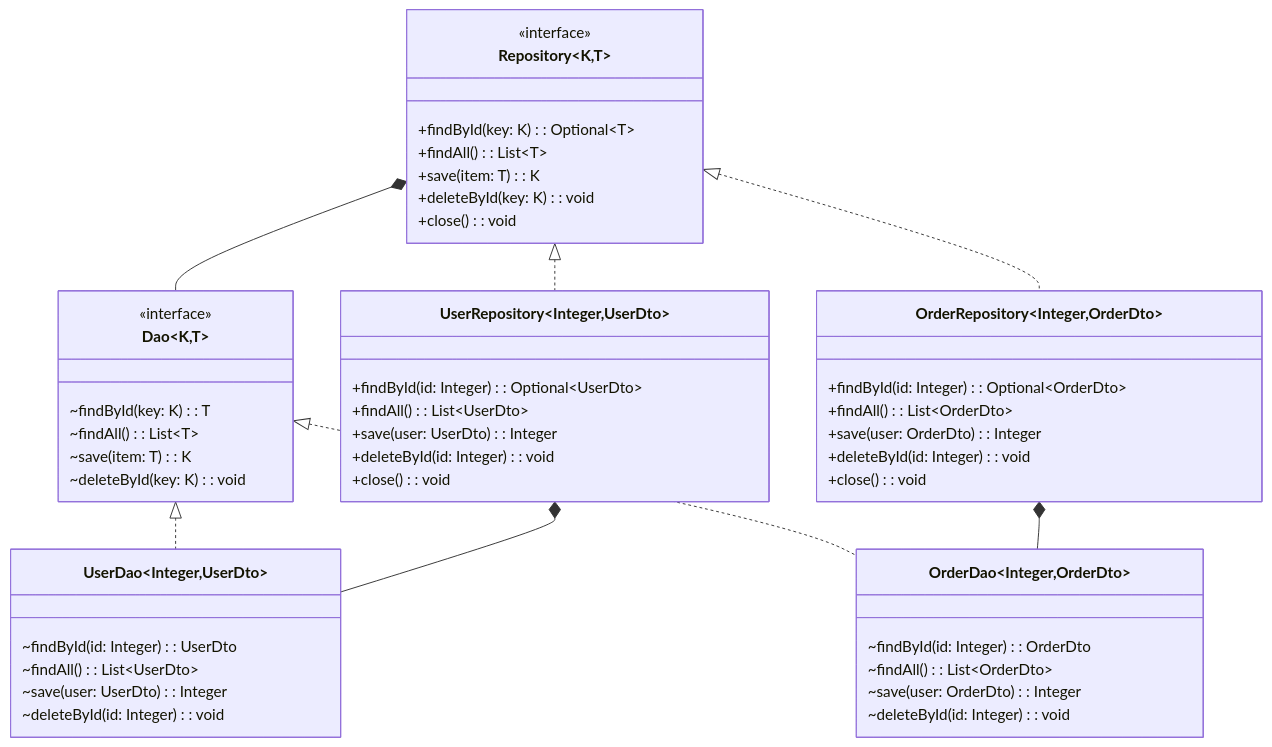
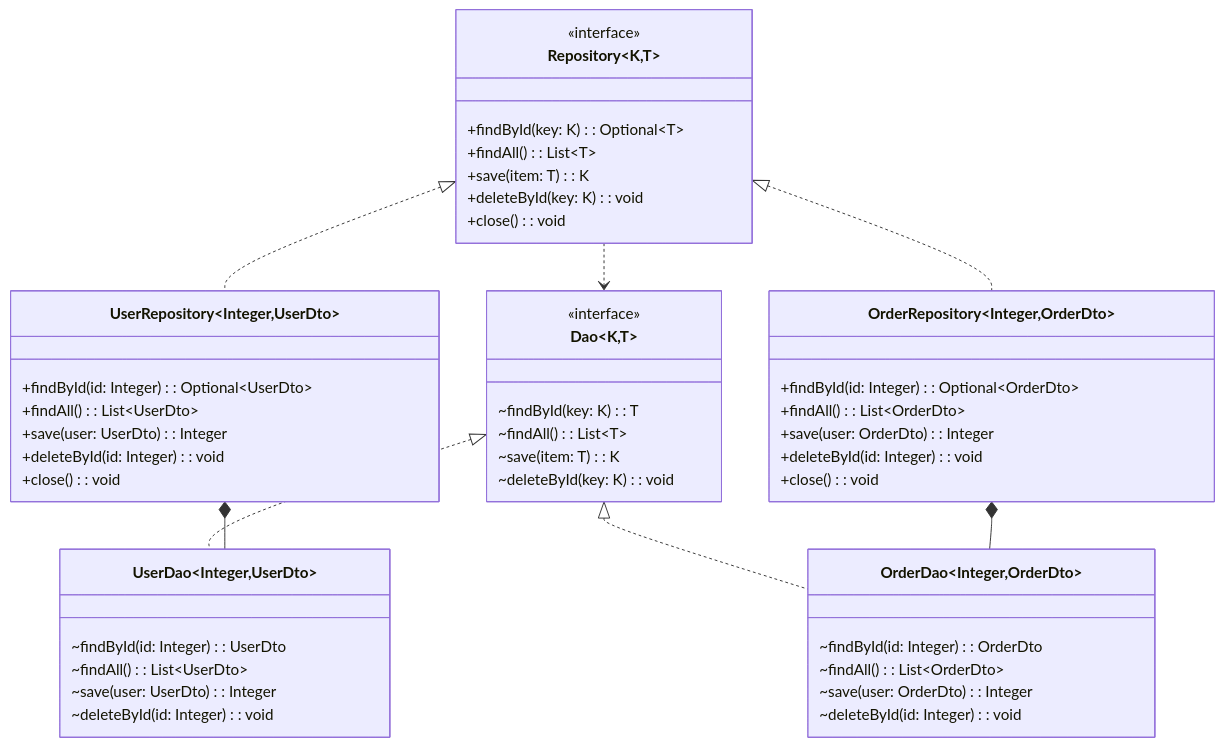
Before and after one commit to esibru/4prj1d-labos: the third of 3 diagrams in docs/TD 04 - Java Database Connectivity/ex07-dao.md, drawn with Mermaid. The commit also changed other lines of this file and 1 other file, not shown here.

Commit message:
td jdbc dao précisions

````diff
--- a/docs/TD 04 - Java Database Connectivity/ex07-dao.md
+++ b/docs/TD 04 - Java Database Connectivity/ex07-dao.md
@@ -229,61 +294,69 @@
 ```mermaid
 classDiagram
-    class Repository~K,T~ {
-        <<interface>>
-        +findById(key: K): Optional~T~
-        +findAll(): List~T~
-        +save(item: T): K
-        +deleteById(key: K): void
-        +close(): void
-    }
 
-    class Dao~K,T~ {
-        <<interface>>
-        ~findById(key: K): T
-        ~findAll(): List~T~
-        ~save(item: T): K
-        ~deleteById(key: K): void
-    }
+    subgraph Users
+        class UserRepository~Integer,UserDto~ {
+            +findById(id: Integer): Optional~UserDto~
+            +findAll(): List~UserDto~
+            +save(user: UserDto): Integer
+            +deleteById(id: Integer): void
+            +close(): void
+        }
 
-    class UserRepository~Integer,UserDto~ {
-        +findById(id: Integer): Optional~UserDto~
-        +findAll(): List~UserDto~
-        +save(user: UserDto): Integer
-        +deleteById(id: Integer): void
-        +close(): void
-    }
+        class UserDao~Integer,UserDto~ {
+            ~findById(id: Integer): UserDto
+            ~findAll(): List~UserDto~
+            ~save(user: UserDto): Integer
+            ~deleteById(id: Integer): void
+        }
+    end
 
-    class OrderRepository~Integer,OrderDto~ {
-        +findById(id: Integer): Optional~OrderDto~
-        +findAll(): List~OrderDto~
-        +save(user: OrderDto): Integer
-        +deleteById(id: Integer): void
-        +close(): void
-    }
+    subgraph interface
+        class Repository~K,T~ {
+            <<interface>>
+            +findById(key: K): Optional~T~
+            +findAll(): List~T~
+            +save(item: T): K
+            +deleteById(key: K): void
+            +close(): void
+        }
 
-    class UserDao~Integer,UserDto~ {
-        ~findById(id: Integer): UserDto
-        ~findAll(): List~UserDto~
-        ~save(user: UserDto): Integer
-        ~deleteById(id: Integer): void
-    }
+        class Dao~K,T~ {
+            <<interface>>
+            ~findById(key: K): T
+            ~findAll(): List~T~
+            ~save(item: T): K
+            ~deleteById(key: K): void
+        }
+    end
 
-    class OrderDao~Integer,OrderDto~ {
-        ~findById(id: Integer): OrderDto
-        ~findAll(): List~OrderDto~
-        ~save(user: OrderDto): Integer
-        ~deleteById(id: Integer): void
-    }
+    subgraph Orders  
+        direction TB
 
+        class OrderRepository~Integer,OrderDto~ {
+            +findById(id: Integer): Optional~OrderDto~
+            +findAll(): List~OrderDto~
+            +save(user: OrderDto): Integer
+            +deleteById(id: Integer): void
+            +close(): void
+        }
+
+        class OrderDao~Integer,OrderDto~ {
+            ~findById(id: Integer): OrderDto
+            ~findAll(): List~OrderDto~
+            ~save(user: OrderDto): Integer
+            ~deleteById(id: Integer): void
+        }
+    end
 
     Repository <|.. UserRepository
     Repository <|.. OrderRepository
 
-    Repository *-- Dao
+    Repository ..> Dao
 
     Dao <|.. UserDao
     Dao <|.. OrderDao
 
     UserRepository *-- UserDao
     OrderRepository *-- OrderDao
 ```
````
